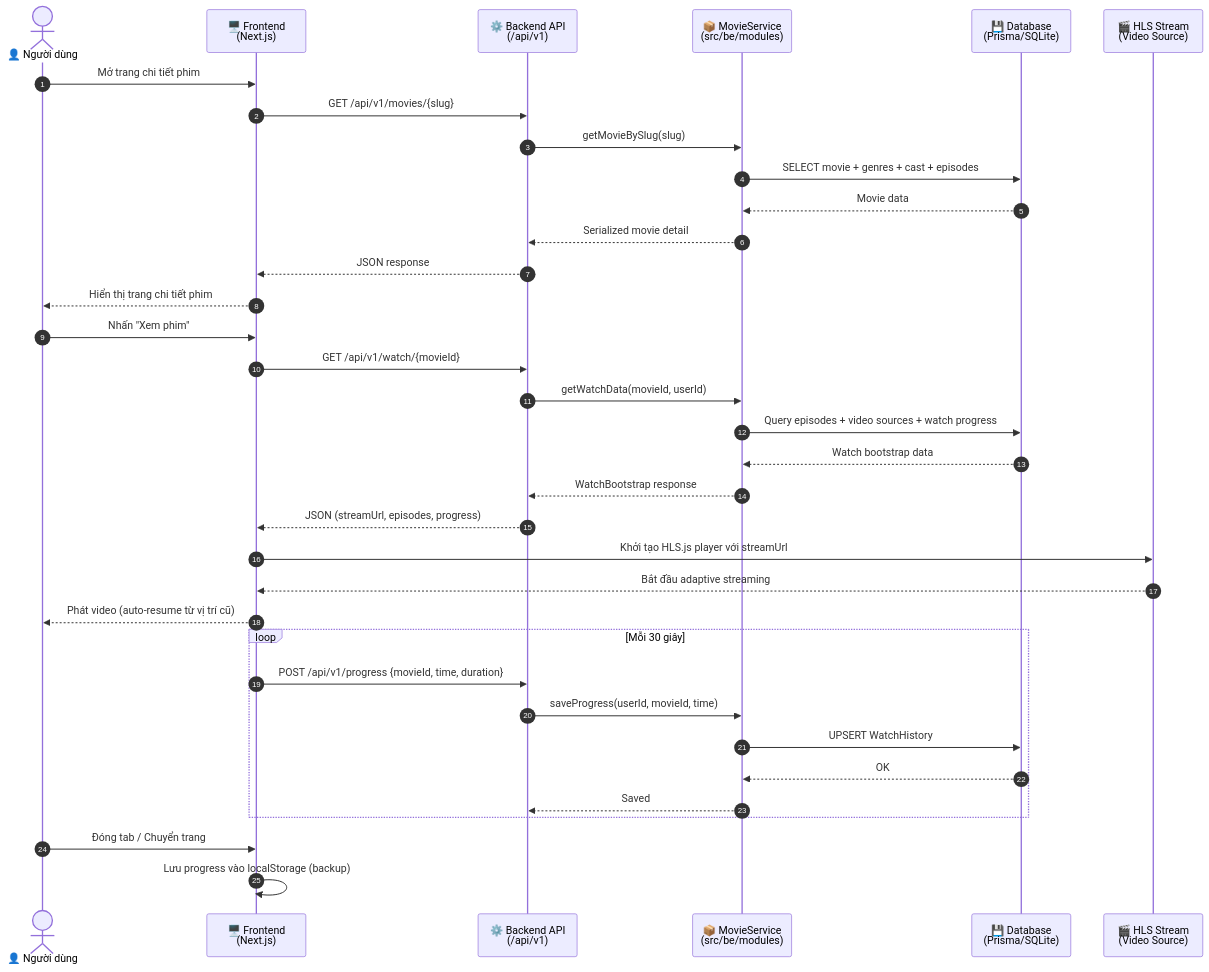
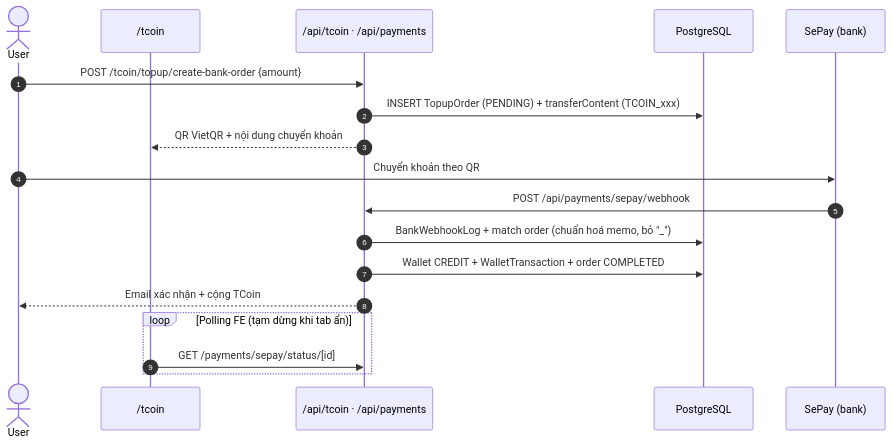
Before and after one commit to Terence-0310/TERENCE: the tenth of 10 diagrams in README.md, drawn with Mermaid. The commit also changed other lines of this file and 134 other files, not shown here.

````diff
--- a/README.md
+++ b/README.md
@@ -684,42 +823,21 @@
 ```mermaid
 sequenceDiagram
     autonumber
-    actor User as 👤 Người dùng
-    participant FE as 🖥️ Frontend<br/>(Next.js)
-    participant API as ⚙️ Backend API<br/>(/api/v1)
-    participant SV as 📦 MovieService<br/>(src/be/modules)
-    participant DB as 💾 Database<br/>(Prisma/SQLite)
-    participant HLS as 🎬 HLS Stream<br/>(Video Source)
+    actor U as User
+    participant FE as /tcoin
+    participant API as /api/tcoin · /api/payments
+    participant DB as PostgreSQL
+    participant SP as SePay (bank)
 
-    User->>FE: Mở trang chi tiết phim
-    FE->>API: GET /api/v1/movies/{slug}
-    API->>SV: getMovieBySlug(slug)
-    SV->>DB: SELECT movie + genres + cast + episodes
-    DB-->>SV: Movie data
-    SV-->>API: Serialized movie detail
-    API-->>FE: JSON response
-    FE-->>User: Hiển thị trang chi tiết phim
-
-    User->>FE: Nhấn "Xem phim"
-    FE->>API: GET /api/v1/watch/{movieId}
-    API->>SV: getWatchData(movieId, userId)
-    SV->>DB: Query episodes + video sources + watch progress
-    DB-->>SV: Watch bootstrap data
-    SV-->>API: WatchBootstrap response
-    API-->>FE: JSON (streamUrl, episodes, progress)
-
-    FE->>HLS: Khởi tạo HLS.js player với streamUrl
-    HLS-->>FE: Bắt đầu adaptive streaming
-    FE-->>User: Phát video (auto-resume từ vị trí cũ)
-
-    loop Mỗi 30 giây
-        FE->>API: POST /api/v1/progress {movieId, time, duration}
-        API->>SV: saveProgress(userId, movieId, time)
-        SV->>DB: UPSERT WatchHistory
-        DB-->>SV: OK
-        SV-->>API: Saved
+    U->>API: POST /tcoin/topup/create-bank-order {amount}
+    API->>DB: INSERT TopupOrder (PENDING) + transferContent (TCOIN_xxx)
+    API-->>FE: QR VietQR + nội dung chuyển khoản
+    U->>SP: Chuyển khoản theo QR
+    SP->>API: POST /api/payments/sepay/webhook
+    API->>DB: BankWebhookLog + match order (chuẩn hoá memo, bỏ "_")
+    API->>DB: Wallet CREDIT + WalletTransaction + order COMPLETED
+    API-->>U: Email xác nhận + cộng TCoin
+    loop Polling FE (tạm dừng khi tab ẩn)
+        FE->>API: GET /payments/sepay/status/[id]
     end
-
-    User->>FE: Đóng tab / Chuyển trang
-    FE->>FE: Lưu progress vào localStorage (backup)
 ```
````
